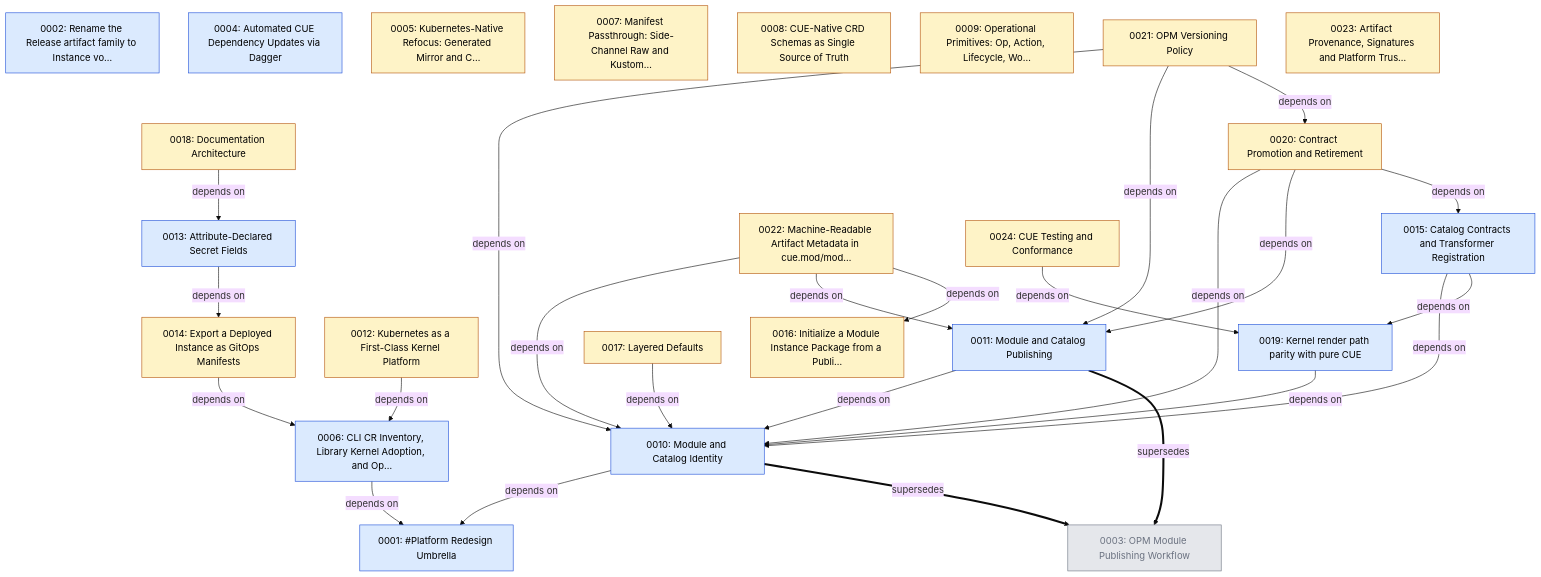
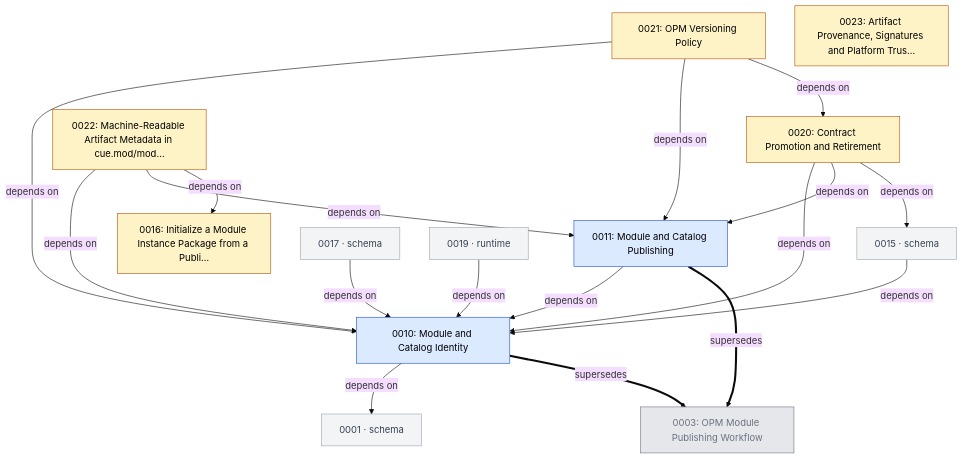
The fourth of 7 diagrams in GRAPH.md (open-platform-model/enhancements), drawn with Mermaid (base theme) before and after one commit. The commit also changed other lines of this file and 35 other files, not shown here.

First line of the commit message:
refactor(tooling): add category, drop area, split GRAPH.md by category

````diff
--- a/GRAPH.md
+++ b/GRAPH.md
@@ -5,57 +112,40 @@
 ```mermaid
 graph TD
   classDef draft       fill:#fef3c7,stroke:#b45309,color:#000
   classDef accepted    fill:#dbeafe,stroke:#1d4ed8,color:#000
   classDef rejected    fill:#fee2e2,stroke:#b91c1c,color:#7f1d1d,stroke-dasharray:4 2
   classDef superseded  fill:#e5e7eb,stroke:#6b7280,color:#6b7280
   classDef legacy      fill:#fafafa,stroke:#9ca3af,color:#6b7280,stroke-dasharray:3 3
+  classDef stub        fill:#f3f4f6,stroke:#9ca3af,color:#374151
+  classDef category    fill:#ede9fe,stroke:#6d28d9,color:#000
 
-  N0001["0001: #Platform Redesign Umbrella"]:::accepted
-  N0002["0002: Rename the Release artifact family to Instance vo…"]:::accepted
-  N0004["0004: Automated CUE Dependency Updates via Dagger"]:::accepted
-  N0005["0005: Kubernetes-Native Refocus: Generated Mirror and C…"]:::draft
-  N0006["0006: CLI CR Inventory, Library Kernel Adoption, and Op…"]:::accepted
-  N0007["0007: Manifest Passthrough: Side-Channel Raw and Kustom…"]:::draft
-  N0008["0008: CUE-Native CRD Schemas as Single Source of Truth"]:::draft
-  N0009["0009: Operational Primitives: Op, Action, Lifecycle, Wo…"]:::draft
   N0010["0010: Module and Catalog Identity"]:::accepted
   N0011["0011: Module and Catalog Publishing"]:::accepted
-  N0012["0012: Kubernetes as a First-Class Kernel Platform"]:::draft
-  N0013["0013: Attribute-Declared Secret Fields"]:::accepted
-  N0014["0014: Export a Deployed Instance as GitOps Manifests"]:::draft
-  N0015["0015: Catalog Contracts and Transformer Registration"]:::accepted
   N0016["0016: Initialize a Module Instance Package from a Publi…"]:::draft
-  N0017["0017: Layered Defaults"]:::draft
-  N0018["0018: Documentation Architecture"]:::draft
-  N0019["0019: Kernel render path parity with pure CUE"]:::accepted
   N0020["0020: Contract Promotion and Retirement"]:::draft
   N0021["0021: OPM Versioning Policy"]:::draft
   N0022["0022: Machine-Readable Artifact Metadata in cue.mod/mod…"]:::draft
   N0023["0023: Artifact Provenance, Signatures and Platform Trus…"]:::draft
-  N0024["0024: CUE Testing and Conformance"]:::draft
   N0003["0003: OPM Module Publishing Workflow"]:::superseded
+  N0001["0001 · schema"]:::stub
+  N0015["0015 · schema"]:::stub
+  N0017["0017 · schema"]:::stub
+  N0019["0019 · runtime"]:::stub
 
-  N0006 -->|depends on| N0001
   N0010 -->|depends on| N0001
   N0011 -->|depends on| N0010
-  N0012 -->|depends on| N0006
-  N0013 -->|depends on| N0014
-  N0014 -->|depends on| N0006
   N0015 -->|depends on| N0010
-  N0015 -->|depends on| N0019
   N0017 -->|depends on| N0010
-  N0018 -->|depends on| N0013
   N0019 -->|depends on| N0010
   N0020 -->|depends on| N0010
   N0020 -->|depends on| N0011
   N0020 -->|depends on| N0015
   N0021 -->|depends on| N0010
   N0021 -->|depends on| N0011
   N0021 -->|depends on| N0020
   N0022 -->|depends on| N0010
   N0022 -->|depends on| N0011
   N0022 -->|depends on| N0016
-  N0024 -->|depends on| N0019
   N0010 ==>|supersedes| N0003
   N0011 ==>|supersedes| N0003
 ```
````
